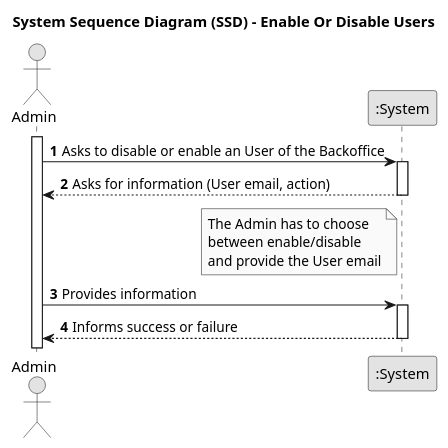
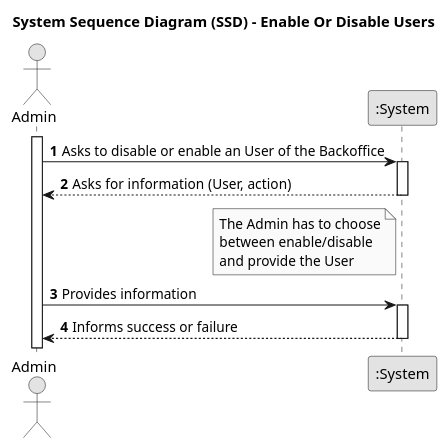
The diagram in docs/sprintb/us_1000/01.requirements-engineering/puml/SSD-US1000-enableOrDisableUsers.puml (PureNimble/ISEP-LAPR4), drawn with PlantUML before and after one commit. The commit also changed 2 other files, not shown here.

```diff
--- a/docs/sprintb/us_1000/01.requirements-engineering/puml/SSD-US1000-enableOrDisableUsers.puml
+++ b/docs/sprintb/us_1000/01.requirements-engineering/puml/SSD-US1000-enableOrDisableUsers.puml
@@ -1,30 +1,30 @@
 @startuml
 skinparam monochrome true
 skinparam packageStyle rectangle
 skinparam shadowing false
 
 title System Sequence Diagram (SSD) - Enable Or Disable Users
 
 autonumber
 
 actor "Admin" as Admin
 participant ":System" as System
 
 activate Admin
 
     Admin -> System : Asks to disable or enable an User of the Backoffice
     activate System
 
-        System --> Admin : Asks for information (User email, action)
-        note left System : The Admin has to choose\nbetween enable/disable\nand provide the User email
+        System --> Admin : Asks for information (User, action)
+        note left System : The Admin has to choose\nbetween enable/disable\nand provide the User
 
     deactivate System
 
     Admin -> System : Provides information
     activate System
 
         System --> Admin : Informs success or failure
 
     deactivate System
 
 @enduml
```
